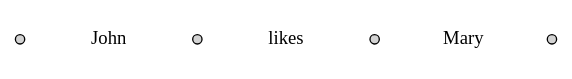
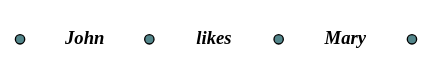
Before and after one commit to nltk/nltk_book: the diagram in images/chart_intro_empty.dot, drawn with Graphviz. The commit also changed 29 other files, not shown here.

```diff
--- a/images/chart_intro_empty.dot
+++ b/images/chart_intro_empty.dot
@@ -1,24 +1,27 @@
+/* -*- coding:utf-8 -*- */
+
 digraph x {
    rankdir=LR;
-   
+   ranksep=0.25;
+
    /* The nodes */
    {
-       node [style=filled,height=0.1,width=0.1];
+       node [style=filled,height=0.1,width=0.1,fillcolor=cadetblue4];
        0 [label=""];
        1 [label=""];
        2 [label=""];
        3 [label=""];
    }
 
    /* The sentence */
    {
        edge [style=invis, weight=100];
-       node [shape=plaintext];
+       node [shape=plaintext,fontname="Times-BoldItalic"];
        0->John->1->likes->2->Mary->3;
    }
    
    /* Edges */
    {
    }
 
 }
```
